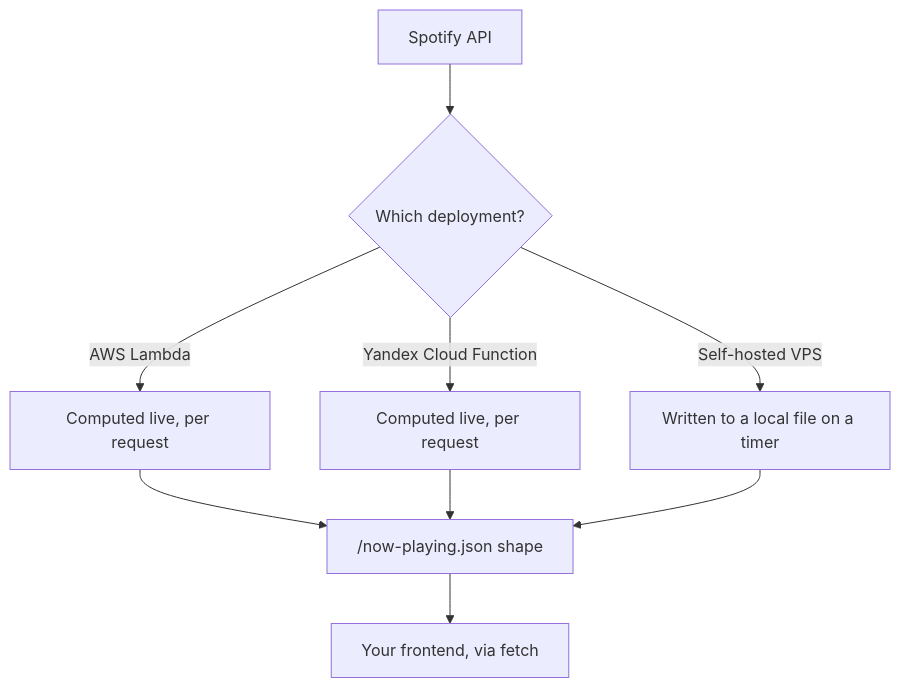
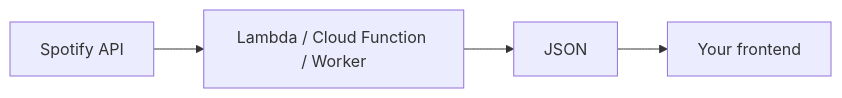
One commit to thatguynikita/spotify-now-playing changed the diagram in README.md. Above: the diagram before and after it, drawn with Mermaid. The commit also changed other lines of this file and 11 other files, not shown here.

First line of the commit message:
Add Cloudflare Worker deployment, drop VPS path and HTML example, tighten README

````diff
--- a/README.md
+++ b/README.md
@@ -10,11 +9,4 @@
 ```mermaid
-flowchart TD
-    Spotify[Spotify API] --> Deploy{Which deployment?}
-    Deploy -->|AWS Lambda| LiveAWS[Computed live, per request]
-    Deploy -->|Yandex Cloud Function| LiveYC[Computed live, per request]
-    Deploy -->|Self-hosted VPS| File[Written to a local file on a timer]
-    LiveAWS --> JSON["/now-playing.json shape"]
-    LiveYC --> JSON
-    File --> JSON
-    JSON --> Frontend[Your frontend, via fetch]
+flowchart LR
+    Spotify[Spotify API] --> Fn[Lambda / Cloud Function / Worker] --> JSON --> Frontend[Your frontend]
 ```
````
